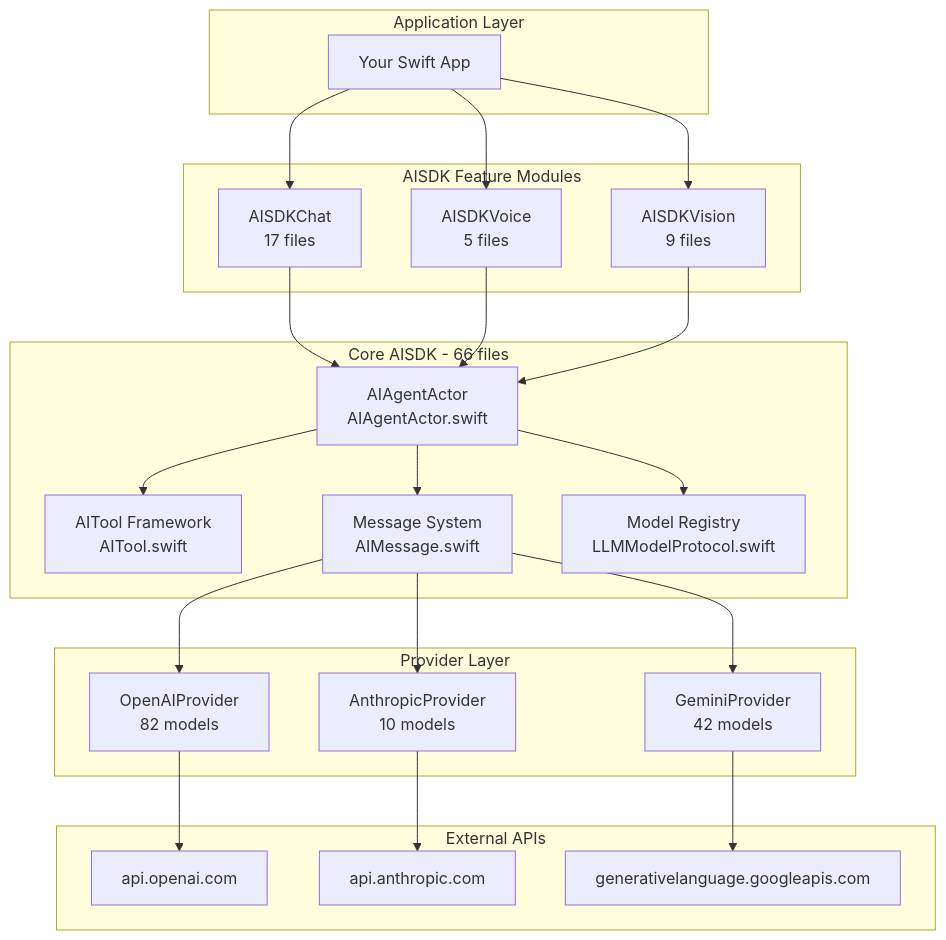
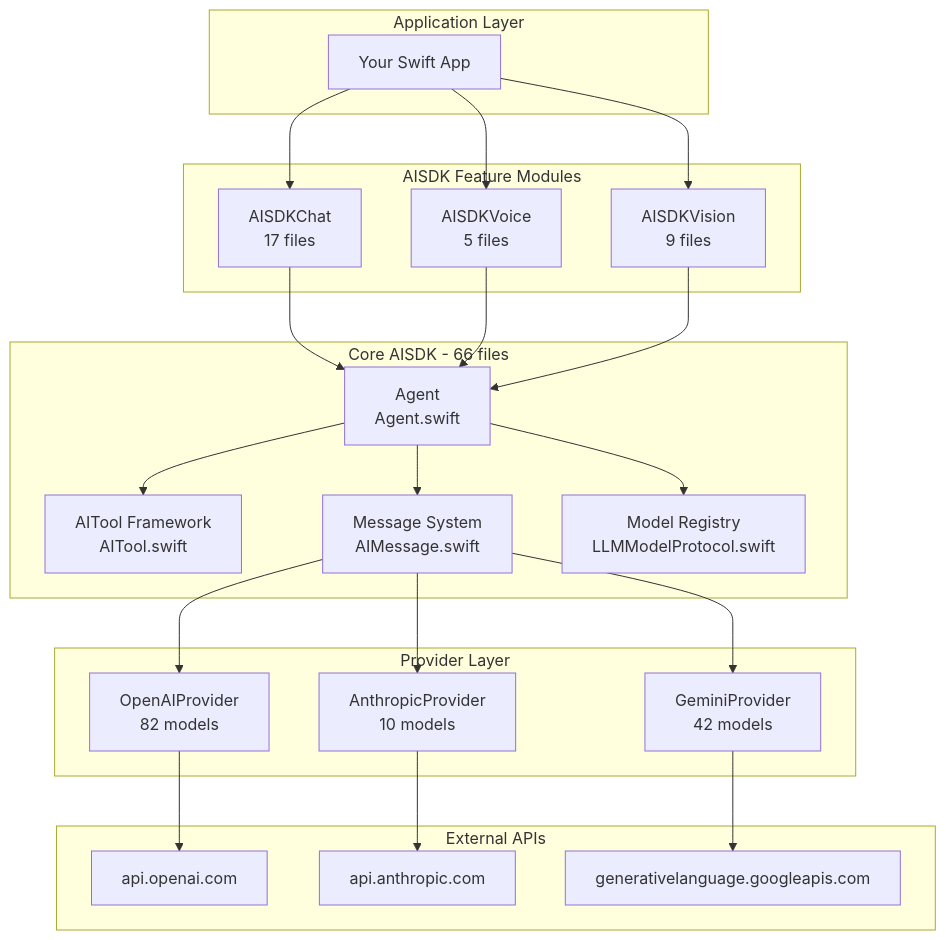
The first of 7 diagrams in docs/AISDK-ARCHITECTURE.md (DanielhCarranza/AISDK), drawn with Mermaid before and after one commit. The commit also changed other lines of this file and 1 other file, not shown here.

First line of the commit message:
Fix architecture and json-render docs: AIAgentActor → Agent

````diff
--- a/docs/AISDK-ARCHITECTURE.md
+++ b/docs/AISDK-ARCHITECTURE.md
@@ -73,41 +73,41 @@
 ```mermaid
 graph TB
     subgraph "Application Layer"
         APP[Your Swift App]
     end
 
     subgraph "AISDK Feature Modules"
         CHAT[AISDKChat<br/>17 files]
         VOICE[AISDKVoice<br/>5 files]
         VISION[AISDKVision<br/>9 files]
     end
 
     subgraph "Core AISDK - 66 files"
-        AGENT[AIAgentActor<br/>AIAgentActor.swift]
+        AGENT[Agent<br/>Agent.swift]
         TOOLS[AITool Framework<br/>AITool.swift]
         MSG[Message System<br/>AIMessage.swift]
         MODELS[Model Registry<br/>LLMModelProtocol.swift]
     end
 
     subgraph "Provider Layer"
         OPENAI[OpenAIProvider<br/>82 models]
         ANTHROPIC[AnthropicProvider<br/>10 models]
         GEMINI[GeminiProvider<br/>42 models]
     end
 
     subgraph "External APIs"
         OAPI[api.openai.com]
         AAPI[api.anthropic.com]
         GAPI[generativelanguage.googleapis.com]
     end
 
     APP --> CHAT & VOICE & VISION
     CHAT & VOICE & VISION --> AGENT
     AGENT --> TOOLS
     AGENT --> MSG
     AGENT --> MODELS
     MSG --> OPENAI & ANTHROPIC & GEMINI
     OPENAI --> OAPI
     ANTHROPIC --> AAPI
     GEMINI --> GAPI
 ```
````
